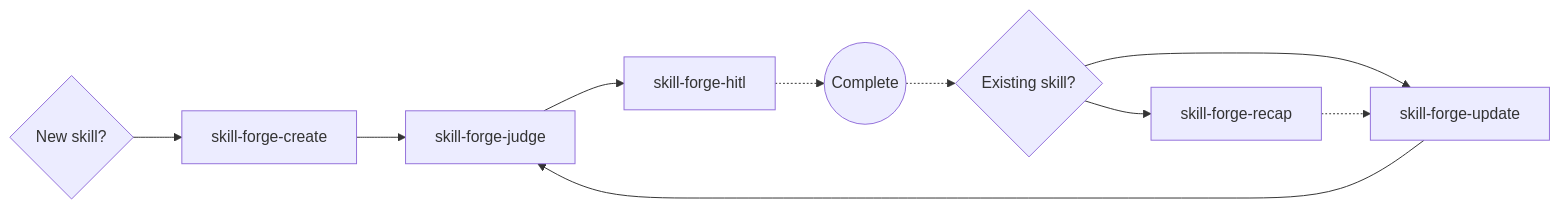
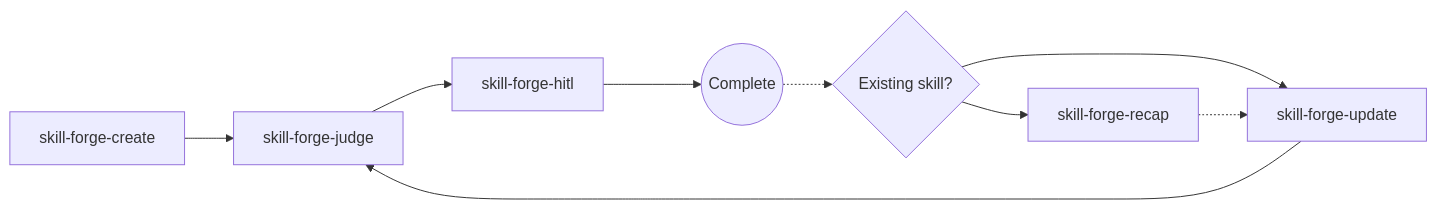
The diagram in README.md (WrathZA/skillforge), drawn with Mermaid before and after one commit. The commit also changed other lines of this file, not shown here.

Commit message:
readme: simplify mermaid diagram, add Matt Pocock link

````diff
--- a/README.md
+++ b/README.md
@@ -5,12 +5,11 @@
 ```mermaid
 flowchart LR
-    D{New skill?} --> F[skill-forge-create]
-    F --> E[skill-forge-judge]
+    D[skill-forge-create] --> E[skill-forge-judge]
     A{Existing skill?} --> B[skill-forge-recap]
     A --> C[skill-forge-update]
     B -.-> C
     C --> E
     E --> G[skill-forge-hitl]
-    G -.-> H((Complete))
+    G ---> H((Complete))
     H -.-> A
 ```
````
